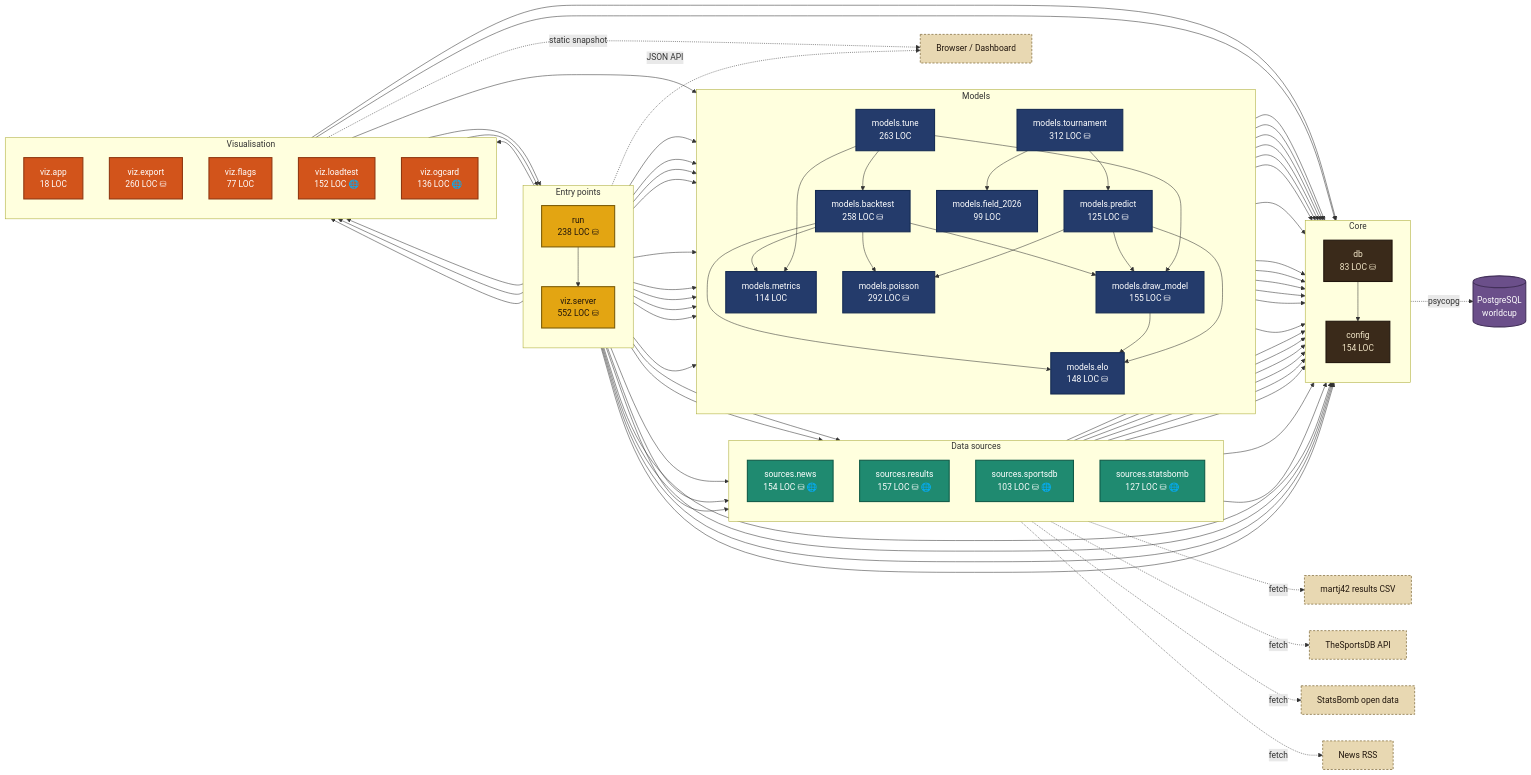
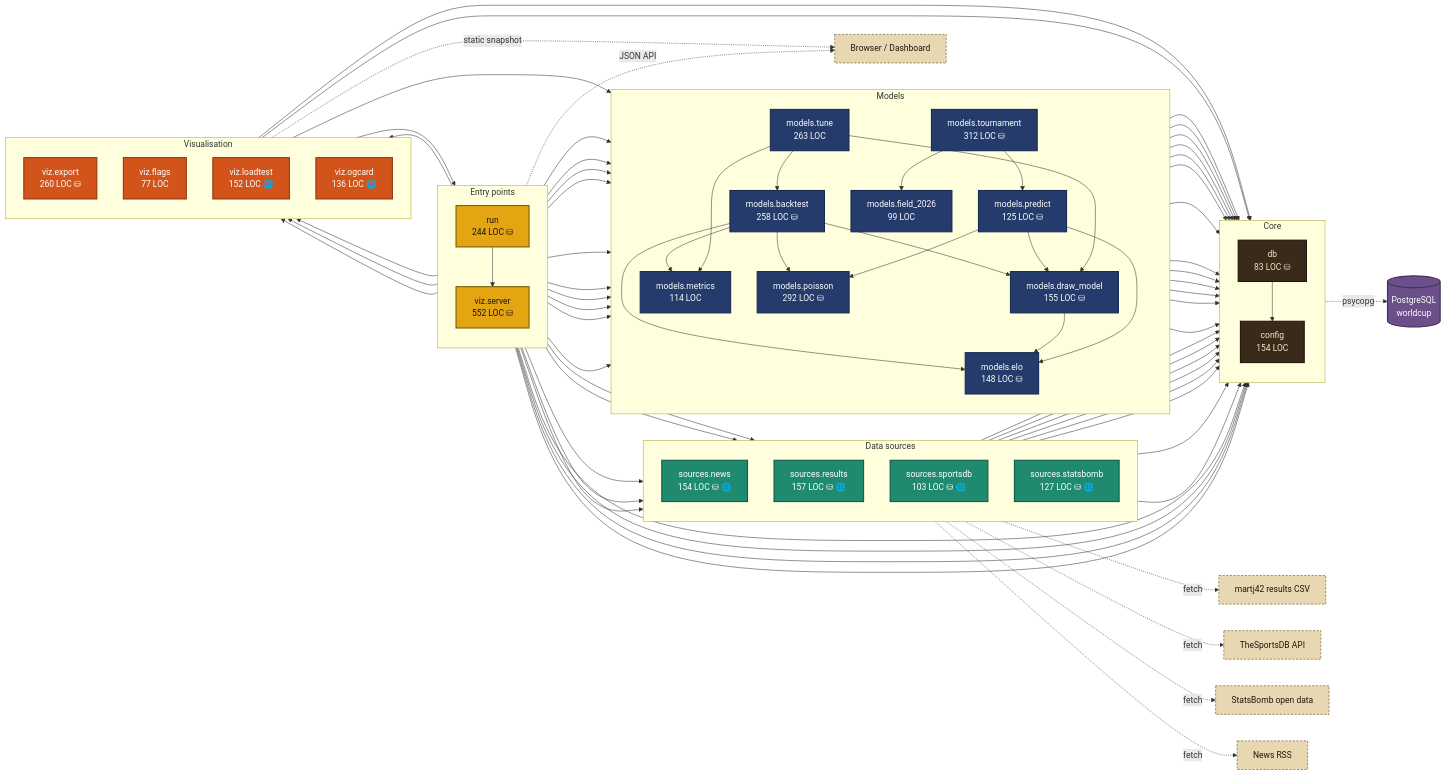
Before and after one commit to businessofmmm-wq/WorldCup2026: the first of 2 diagrams in ARCHITECTURE.md, drawn with Mermaid. The commit also changed other lines of this file and 5 other files, not shown here.

```diff
--- a/ARCHITECTURE.md
+++ b/ARCHITECTURE.md
@@ -40,7 +40,7 @@
   classDef ext fill:#e8d8b2,stroke:#8a7647,color:#20150c,stroke-width:1.5px,stroke-dasharray:4 3;
   subgraph L_entry["Entry points"]
     direction TB
-    run["run<br/>238 LOC  ⛁"]
+    run["run<br/>244 LOC  ⛁"]
     viz_server["viz.server<br/>552 LOC  ⛁"]
   end
   subgraph L_sources["Data sources"]
@@ -69,7 +69,6 @@
   end
   subgraph L_viz["Visualisation"]
     direction TB
-    viz_app["viz.app<br/>18 LOC"]
     viz_export["viz.export<br/>260 LOC  ⛁"]
     viz_flags["viz.flags<br/>77 LOC"]
     viz_loadtest["viz.loadtest<br/>152 LOC  🌐"]
@@ -140,7 +139,6 @@
   sources_sportsdb --> db
   sources_statsbomb --> config
   sources_statsbomb --> db
-  viz_app --> viz_server
   viz_export --> config
   viz_export --> db
   viz_export --> models_field_2026
@@ -174,7 +172,6 @@
   class sources_results sources;
   class sources_sportsdb sources;
   class sources_statsbomb sources;
-  class viz_app viz;
   class viz_export viz;
   class viz_flags viz;
   class viz_loadtest viz;
```
